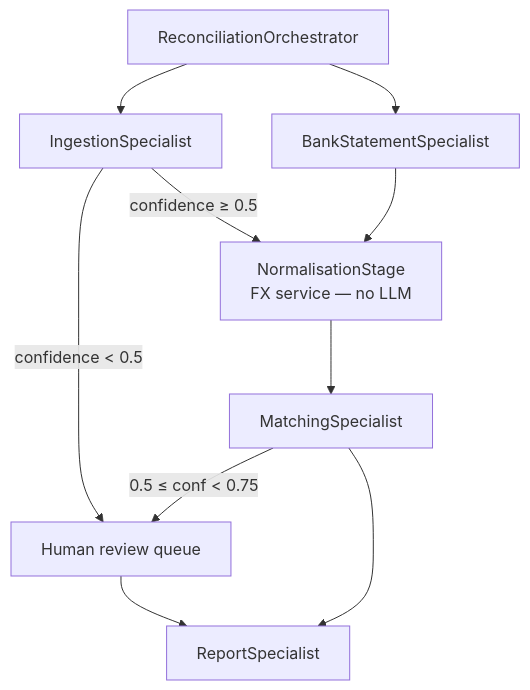
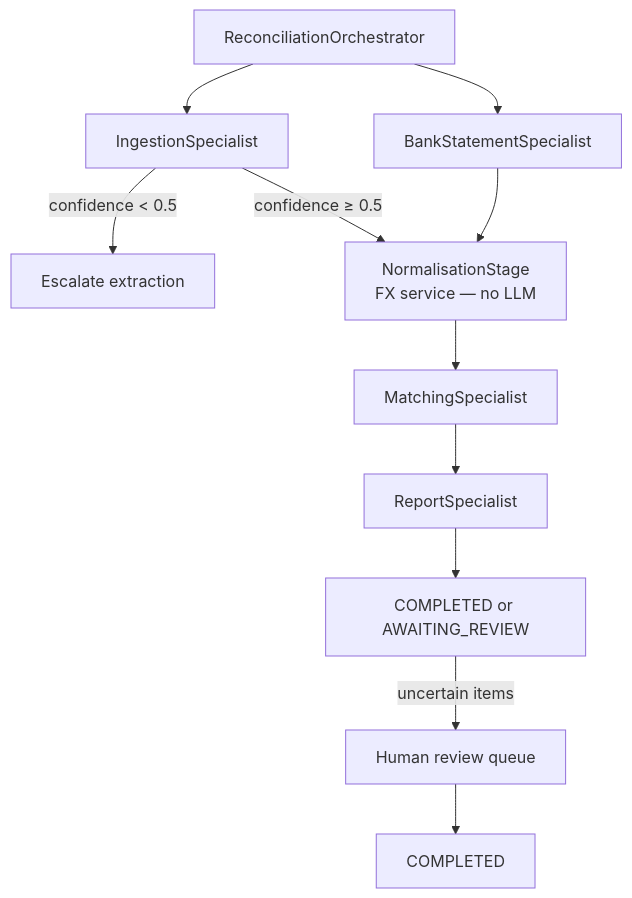
The second of 2 diagrams in docs/architecture.md (adamchok/Aria), drawn with Mermaid before and after one commit. The commit also changed other lines of this file and 11 other files, not shown here.

````diff
--- a/docs/architecture.md
+++ b/docs/architecture.md
@@ -72,12 +73,13 @@
 ```mermaid
 flowchart TD
   ORCH[ReconciliationOrchestrator] --> IN[IngestionSpecialist]
   ORCH --> BS[BankStatementSpecialist]
-  IN -->|confidence &lt; 0.5| HR[Human review queue]
+  IN -->|confidence &lt; 0.5| ESC[Escalate extraction]
   IN -->|confidence ≥ 0.5| NO[NormalisationStage\nFX service — no LLM]
   BS --> NO
   NO --> MA[MatchingSpecialist]
-  MA -->|0.5 ≤ conf &lt; 0.75| HR
   MA --> RE[ReportSpecialist]
-  HR --> RE
+  RE --> END[COMPLETED or AWAITING_REVIEW]
+  END -->|uncertain items| HR[Human review queue]
+  HR --> COMP[COMPLETED]
 ```
````
